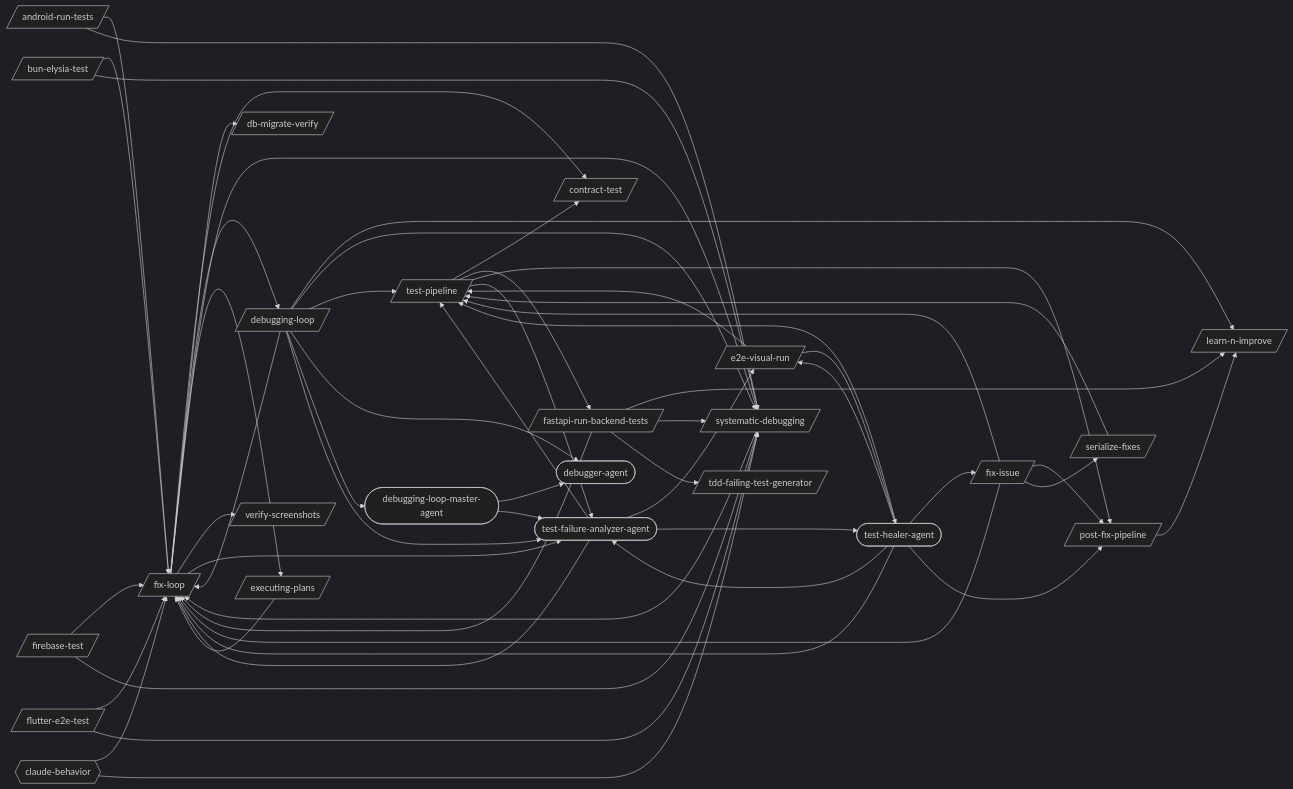
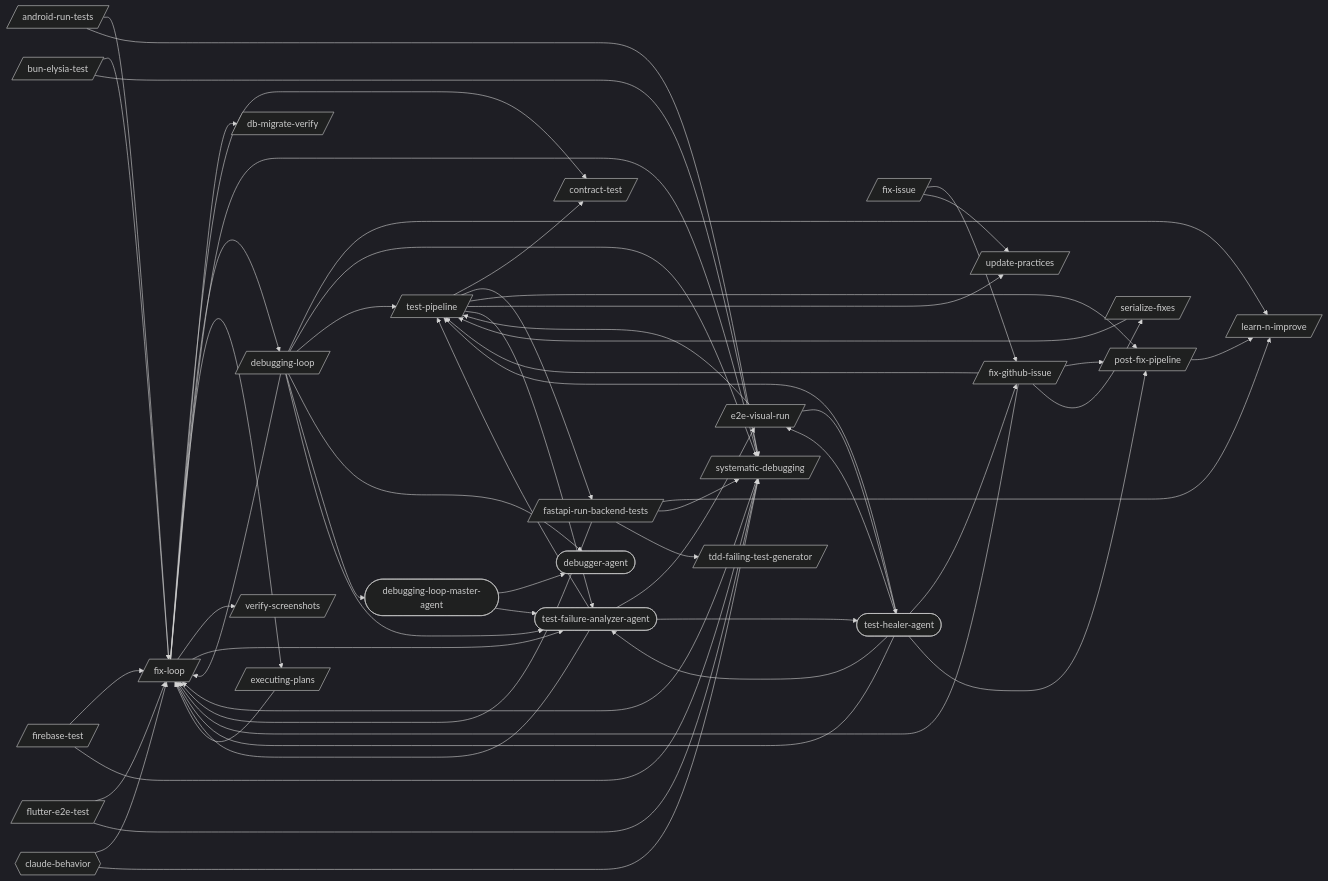
The first of 25 diagrams in docs/workflows/debugging-loop.md (abhayla/claude-best-practices), drawn with Mermaid (dark theme) before and after one commit. The commit also changed other lines of this file and 153 other files, not shown here.

```diff
--- a/docs/workflows/debugging-loop.md
+++ b/docs/workflows/debugging-loop.md
@@ -17,6 +19,7 @@
     executing_plans[/executing-plans/]
     fastapi_run_backend_tests[/fastapi-run-backend-tests/]
     firebase_test[/firebase-test/]
+    fix_github_issue[/fix-github-issue/]
     fix_issue[/fix-issue/]
     fix_loop[/fix-loop/]
     flutter_e2e_test[/flutter-e2e-test/]
@@ -26,6 +29,7 @@
     systematic_debugging[/systematic-debugging/]
     tdd_failing_test_generator[/tdd-failing-test-generator/]
     test_pipeline[/test-pipeline/]
+    update_practices[/update-practices/]
     verify_screenshots[/verify-screenshots/]
     debugger_agent([debugger-agent])
     debugging_loop_master_agent([debugging-loop-master-agent])
@@ -52,10 +56,12 @@
     fastapi_run_backend_tests --> tdd_failing_test_generator
     firebase_test --> fix_loop
     firebase_test --> systematic_debugging
-    fix_issue --> fix_loop
-    fix_issue --> post_fix_pipeline
-    fix_issue --> serialize_fixes
-    fix_issue --> test_pipeline
+    fix_github_issue --> fix_loop
+    fix_github_issue --> post_fix_pipeline
+    fix_github_issue --> serialize_fixes
+    fix_github_issue --> test_pipeline
+    fix_issue --> fix_github_issue
+    fix_issue --> update_practices
     fix_loop --> contract_test
     fix_loop --> db_migrate_verify
     fix_loop --> debugging_loop
@@ -71,6 +77,7 @@
     test_pipeline --> contract_test
     test_pipeline --> fastapi_run_backend_tests
     test_pipeline --> post_fix_pipeline
+    test_pipeline --> update_practices
     test_pipeline --> test_failure_analyzer_agent
     debugging_loop_master_agent --> debugger_agent
     debugging_loop_master_agent --> test_failure_analyzer_agent
@@ -79,7 +86,7 @@
     test_failure_analyzer_agent --> test_pipeline
     test_failure_analyzer_agent --> test_healer_agent
     test_healer_agent --> e2e_visual_run
-    test_healer_agent --> fix_issue
+    test_healer_agent --> fix_github_issue
     test_healer_agent --> fix_loop
     test_healer_agent --> post_fix_pipeline
     test_healer_agent --> test_pipeline
```
